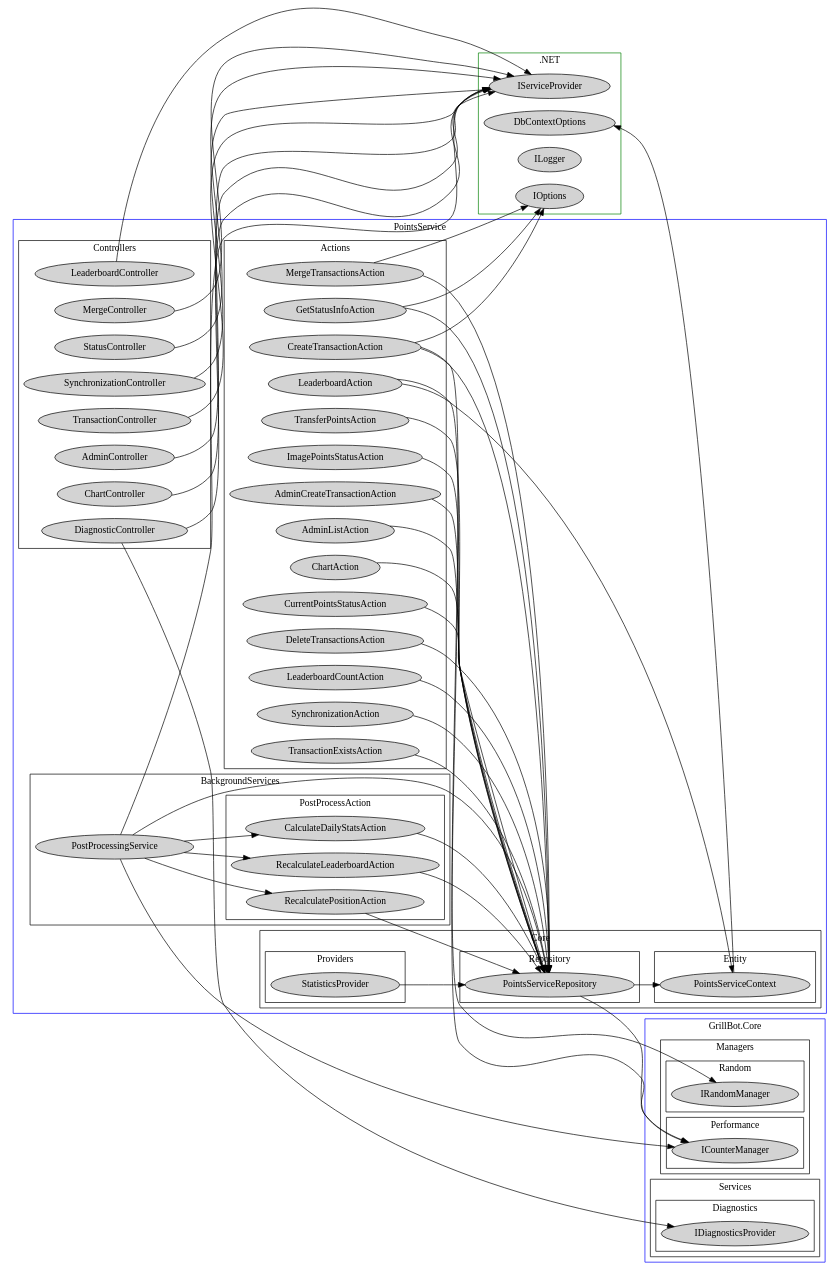
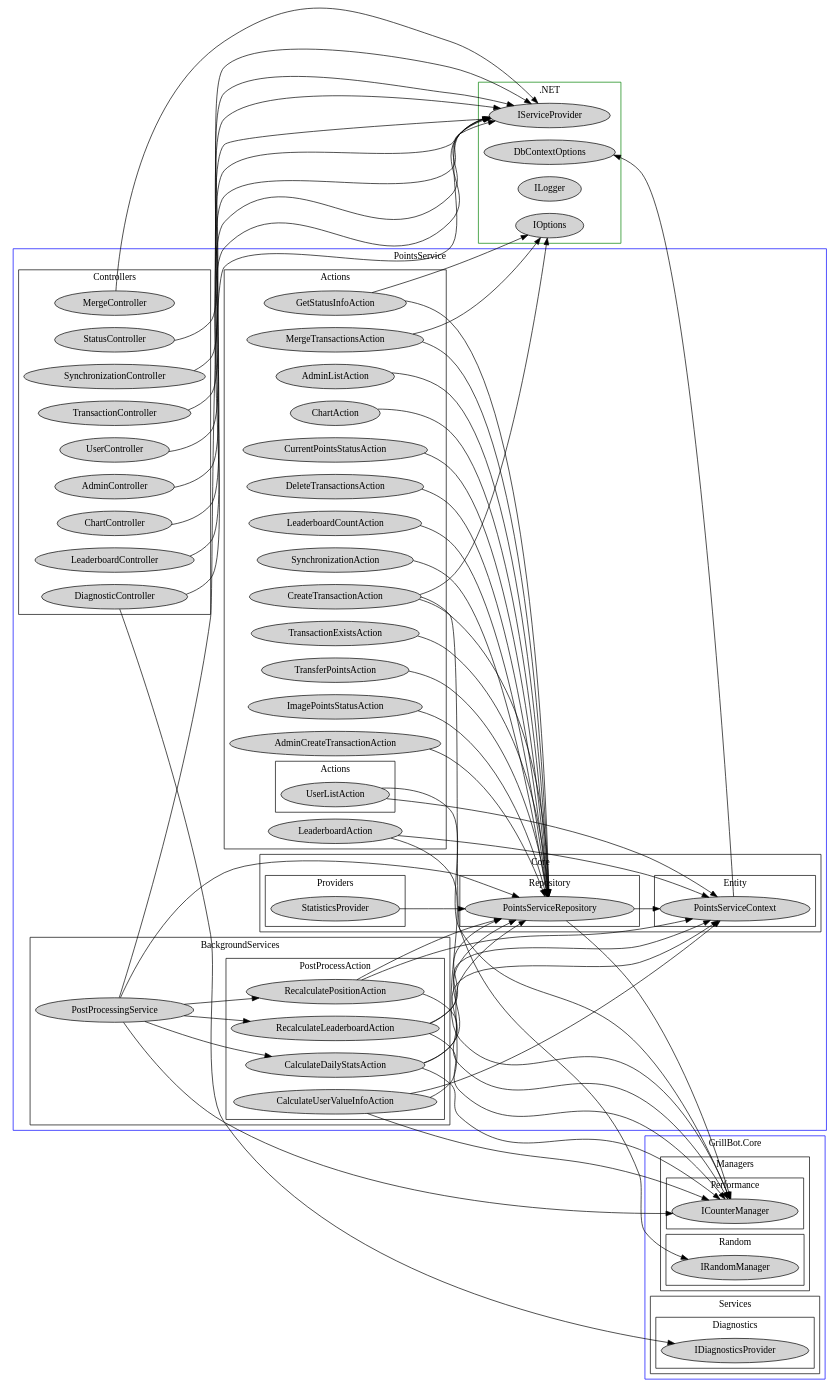
Before and after one commit to GrillBot/grillbot-docs: the diagram in data/di-graph-points.dot, drawn with Graphviz. The commit also changed 3 other files, not shown here.

```diff
--- a/data/di-graph-points.dot
+++ b/data/di-graph-points.dot
@@ -1,176 +1,179 @@
 digraph PointsService {
     rankdir=LR
 	
 	subgraph cluster_0 {
 		node [style=filled];
 		label = "PointsService";
 		color=blue
 		
         subgraph cluster_3_1 {
             node [style=filled];
             label="Actions";
             color=black;
+            
+            subgraph cluster_3_1_1 {
+                node [style=filled];
+                label="Actions";
+                color=black;
+                
+                UserListAction
+            }
             
             AdminCreateTransactionAction
             AdminListAction
             ChartAction
             CreateTransactionAction
             CurrentPointsStatusAction
             DeleteTransactionsAction
             LeaderboardAction
             MergeTransactionsAction
             SynchronizationAction
             TransactionExistsAction
             TransferPointsAction
             ImagePointsStatusAction
             LeaderboardCountAction
             GetStatusInfoAction
         }
         
         subgraph cluster_3_2 {
             node [style=filled];
             label="BackgroundServices";
             color=black;
             
             subgraph cluster_3_2_1 {
                 node [style=filled];
                 label="PostProcessAction";
                 color=black;
                 
                 CalculateDailyStatsAction
                 RecalculateLeaderboardAction
                 RecalculatePositionAction
+                CalculateUserValueInfoAction
             }
             
             PostProcessingService
         }
         
         subgraph cluster_3_3 {
             node [style=filled];
             label="Controllers";
             color=black;
             
             AdminController
             ChartController
             DiagnosticController
             LeaderboardController
             MergeController
             StatusController
             SynchronizationController
             TransactionController
+            UserController
         }
         
         subgraph cluster_3_4 {
             node [style=filled];
             label="Core"
             color=black
             
             subgraph cluster_3_4_1 {
                 node [style=filled];
                 label="Entity"
                 color=black;
                 
                 PointsServiceContext
             }
             
             subgraph cluster_3_4_2 {
                 node [style=filled];
                 label="Providers"
                 color=black;
                 
                 StatisticsProvider
             }
             
             subgraph cluster_3_4_3 {
                 node [style=filled];
                 label="Repository"
                 color=black
                 
                 PointsServiceRepository
             }
         }
 	}
 	
 	subgraph cluster_4 {
 	    node [style=filled];
 	    label = "GrillBot.Core";
 	    color=blue
 	    
 	    subgraph cluster_4_1 {
 	        node [style=filled];
             label="Managers";
             color=black;
             
             subgraph cluster_4_1_2 {
 	            node [style=filled];
                 label="Performance";
                 color=black;
                 
                 ICounterManager
 	        }
 	        
 	        subgraph cluster_4_1_3 {
 	            node [style=filled];
                 label="Random";
                 color=black;
                 
                 IRandomManager
 	        }
 	    }
 	    
 	    subgraph cluster_4_2 {
 	        node [style=filled];
             label="Services";
             color=black;
 	        
 	        subgraph cluster_4_3 {
 	            node [style=filled];
                 label="Diagnostics";
                 color=black;
 	            
 	            IDiagnosticsProvider
 	        }
 	    }
 	}
 	
 	subgraph cluster_100 {
 	    node[style=filled];
 	    label = ".NET"
 	    color=green
 	    
 	    IServiceProvider
 	    DbContextOptions
 	    ILogger
 	    IOptions
 	}
 	
 	AdminCreateTransactionAction -> { PointsServiceRepository }
 	AdminListAction -> { PointsServiceRepository }
 	ChartAction -> { PointsServiceRepository }
 	CreateTransactionAction -> { PointsServiceRepository IOptions IRandomManager }
 	CurrentPointsStatusAction -> { PointsServiceRepository }
 	DeleteTransactionsAction -> { PointsServiceRepository }
 	LeaderboardAction -> { PointsServiceContext ICounterManager }
 	MergeTransactionsAction -> { PointsServiceRepository IOptions }
 	SynchronizationAction -> { PointsServiceRepository }
 	TransactionExistsAction -> { PointsServiceRepository }
 	TransferPointsAction -> { PointsServiceRepository }
-	AdminController -> { IServiceProvider }
-	ChartController -> { IServiceProvider }
+	{ AdminController UserController ChartController LeaderboardController MergeController StatusController SynchronizationController TransactionController } -> { IServiceProvider }
 	DiagnosticController -> { IDiagnosticsProvider IServiceProvider }
-	LeaderboardController -> { IServiceProvider }
-	MergeController -> { IServiceProvider }
-	StatusController -> { IServiceProvider }
-	SynchronizationController -> { IServiceProvider }
-	TransactionController -> { IServiceProvider }
 	PointsServiceContext -> { DbContextOptions }
 	StatisticsProvider -> { PointsServiceRepository }
 	PointsServiceRepository -> { PointsServiceContext ICounterManager }
 	ImagePointsStatusAction -> { PointsServiceRepository }
 	LeaderboardCountAction -> { PointsServiceRepository }
-	CalculateDailyStatsAction -> { PointsServiceRepository }
-	RecalculateLeaderboardAction -> { PointsServiceRepository }
-	RecalculatePositionAction -> { PointsServiceRepository }
+	{ CalculateDailyStatsAction CalculateUserValueInfoAction RecalculateLeaderboardAction RecalculatePositionAction } -> { ICounterManager PointsServiceRepository PointsServiceContext }
 	PostProcessingService -> { IServiceProvider ICounterManager PointsServiceRepository CalculateDailyStatsAction RecalculateLeaderboardAction RecalculatePositionAction }
 	GetStatusInfoAction -> { PointsServiceRepository IOptions }
+	UserListAction -> { PointsServiceContext ICounterManager }
 }
```
